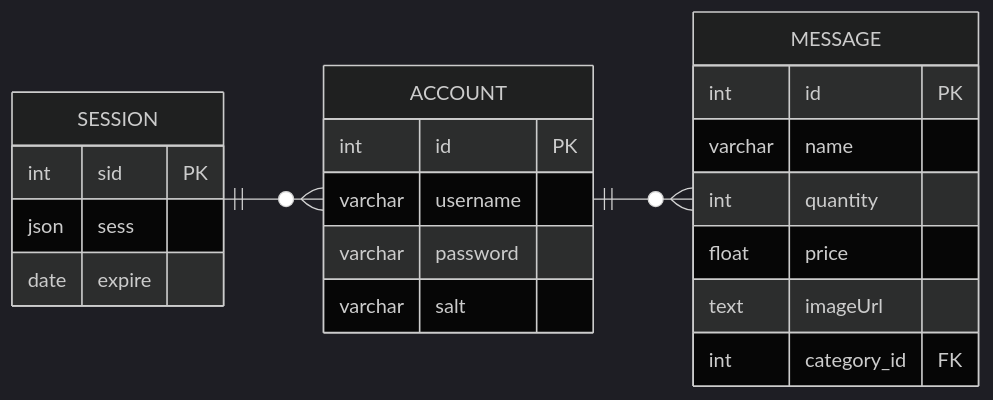
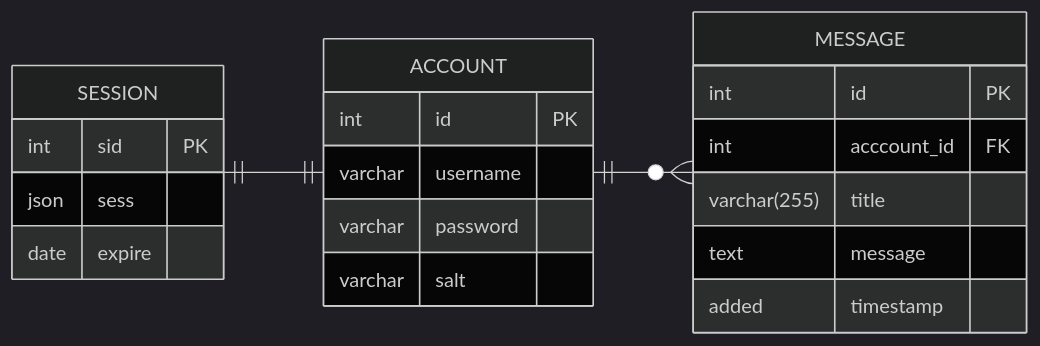
The third of 3 diagrams in README.md (ernestviola/members-only), drawn with Mermaid (dark theme) before and after one commit. The commit also changed other lines of this file and 3 other files, not shown here.

````diff
--- a/README.md
+++ b/README.md
@@ -36,28 +56,27 @@
 ```mermaid
 erDiagram
   direction LR
   ACCOUNT ||--o{MESSAGE : ""
-  SESSION ||--o{ACCOUNT : ""
+  SESSION ||--||ACCOUNT : ""
 
   ACCOUNT {
     int id PK
     varchar username
     varchar password
     varchar salt
   }
 
   SESSION {
     int sid PK
     json sess
     date expire
   }
 
   MESSAGE {
     int id PK
-    varchar name
-    int quantity
-    float price
-    text imageUrl
-    int category_id FK
+    int acccount_id FK
+    varchar(255) title
+    text message
+    added timestamp
   }
 ```
````
